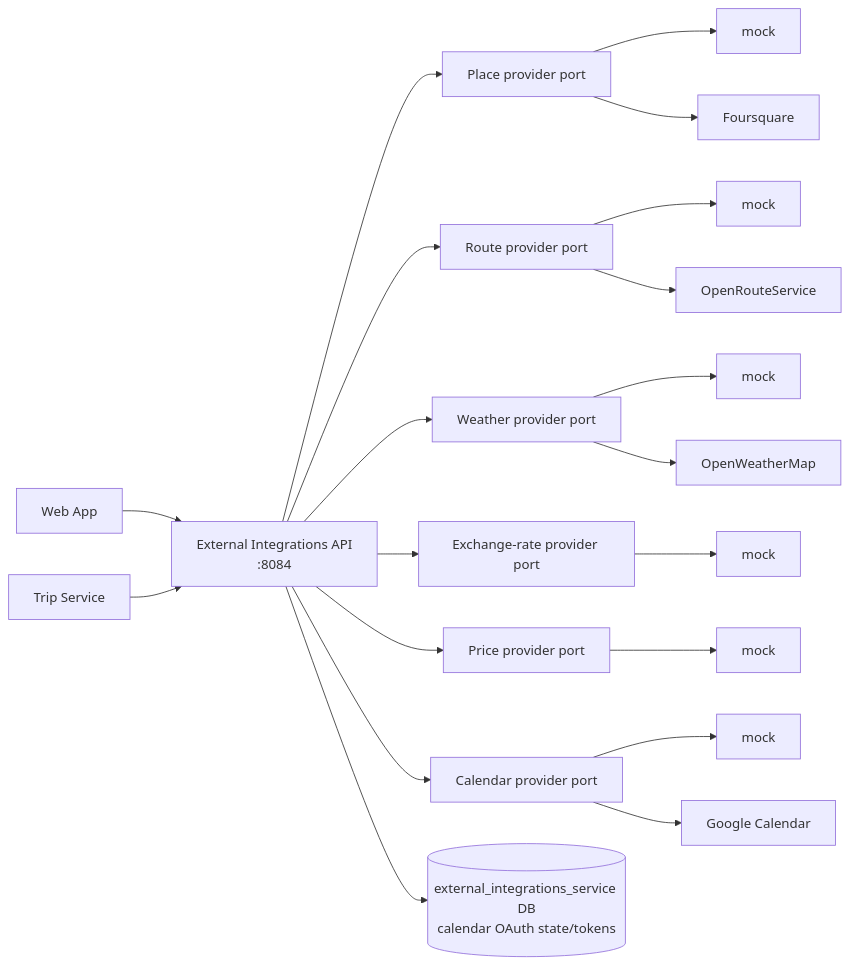
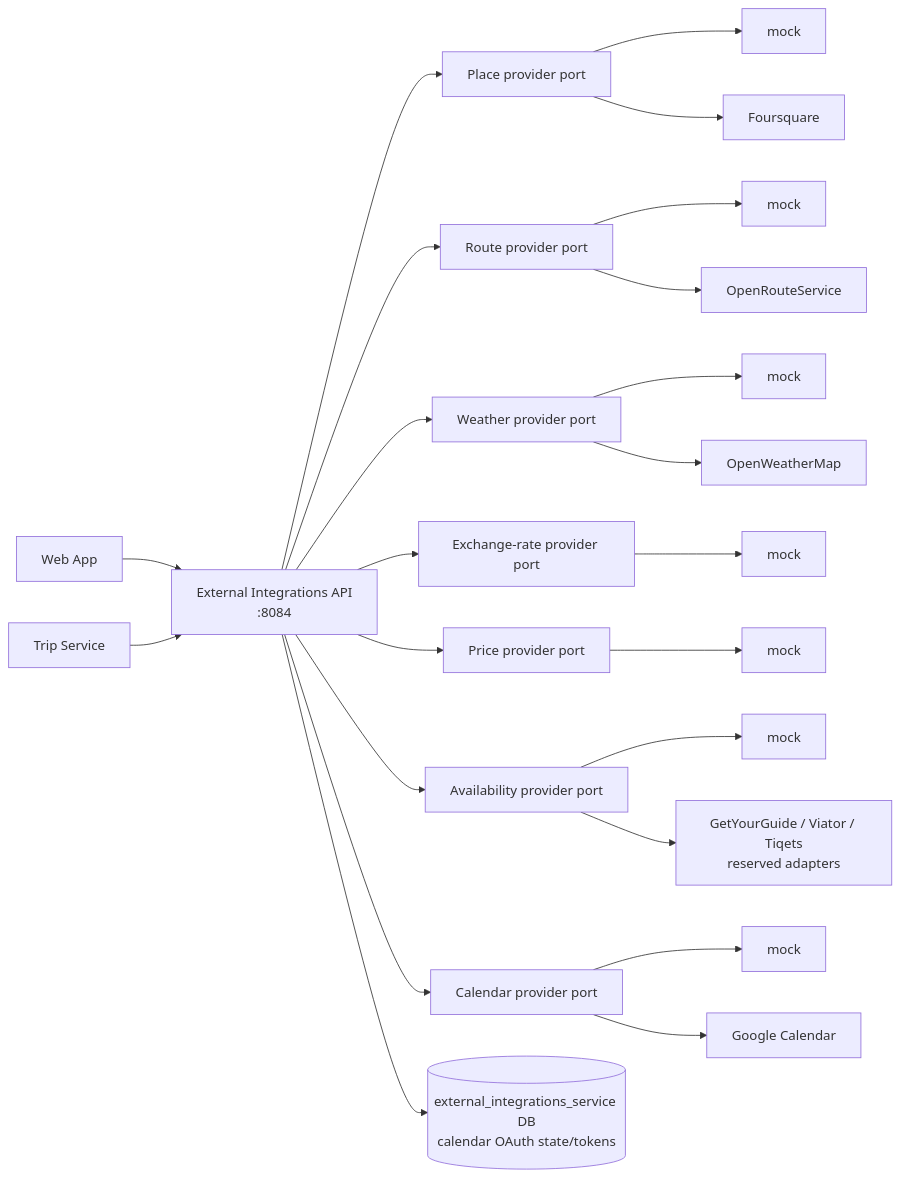
Before and after one commit to KovalenkoDima236961/Travel_Ai_App: the first of 2 diagrams in services/external-integrations-service/README.md, drawn with Mermaid. The commit also changed other lines of this file and 44 other files, not shown here.

Commit message:
feat: implemented real availability layer

````diff
--- a/services/external-integrations-service/README.md
+++ b/services/external-integrations-service/README.md
@@ -12,25 +13,28 @@
 ```mermaid
 flowchart LR
     Web["Web App"] --> API["External Integrations API<br/>:8084"]
     Trip["Trip Service"] --> API
 
     API --> Places["Place provider port"]
     API --> Routes["Route provider port"]
     API --> Weather["Weather provider port"]
     API --> Rates["Exchange-rate provider port"]
     API --> Prices["Price provider port"]
+    API --> Availability["Availability provider port"]
     API --> Calendar["Calendar provider port"]
 
     Places --> PlacesMock["mock"]
     Places --> Foursquare["Foursquare"]
     Routes --> RouteMock["mock"]
     Routes --> ORS["OpenRouteService"]
     Weather --> WeatherMock["mock"]
     Weather --> OWM["OpenWeatherMap"]
     Rates --> RatesMock["mock"]
     Prices --> PricesMock["mock"]
+    Availability --> AvailabilityMock["mock"]
+    Availability --> AvailabilityReal["GetYourGuide / Viator / Tiqets<br/>reserved adapters"]
     Calendar --> CalendarMock["mock"]
     Calendar --> Google["Google Calendar"]
 
     API --> DB[("external_integrations_service DB<br/>calendar OAuth state/tokens")]
 ```
````
